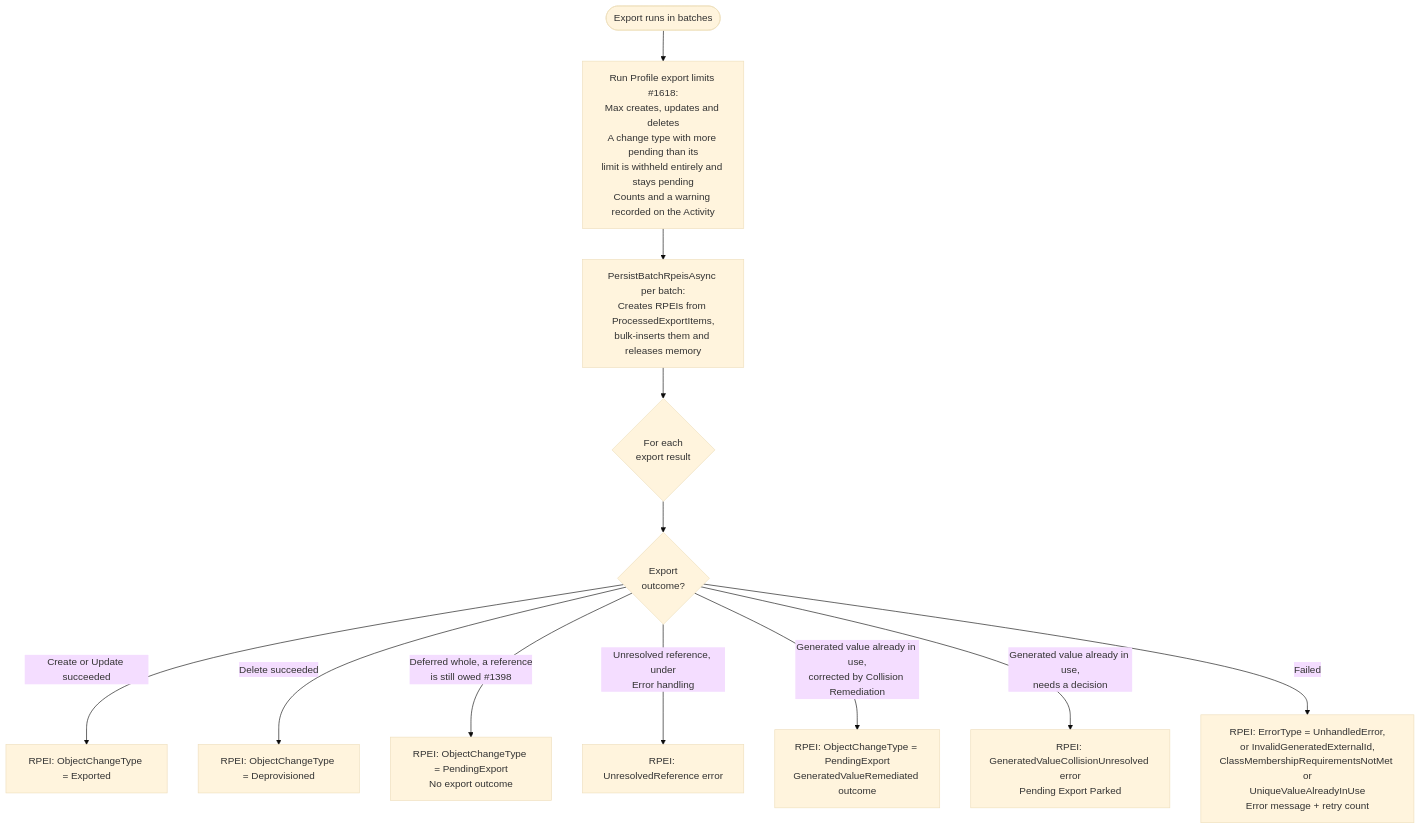
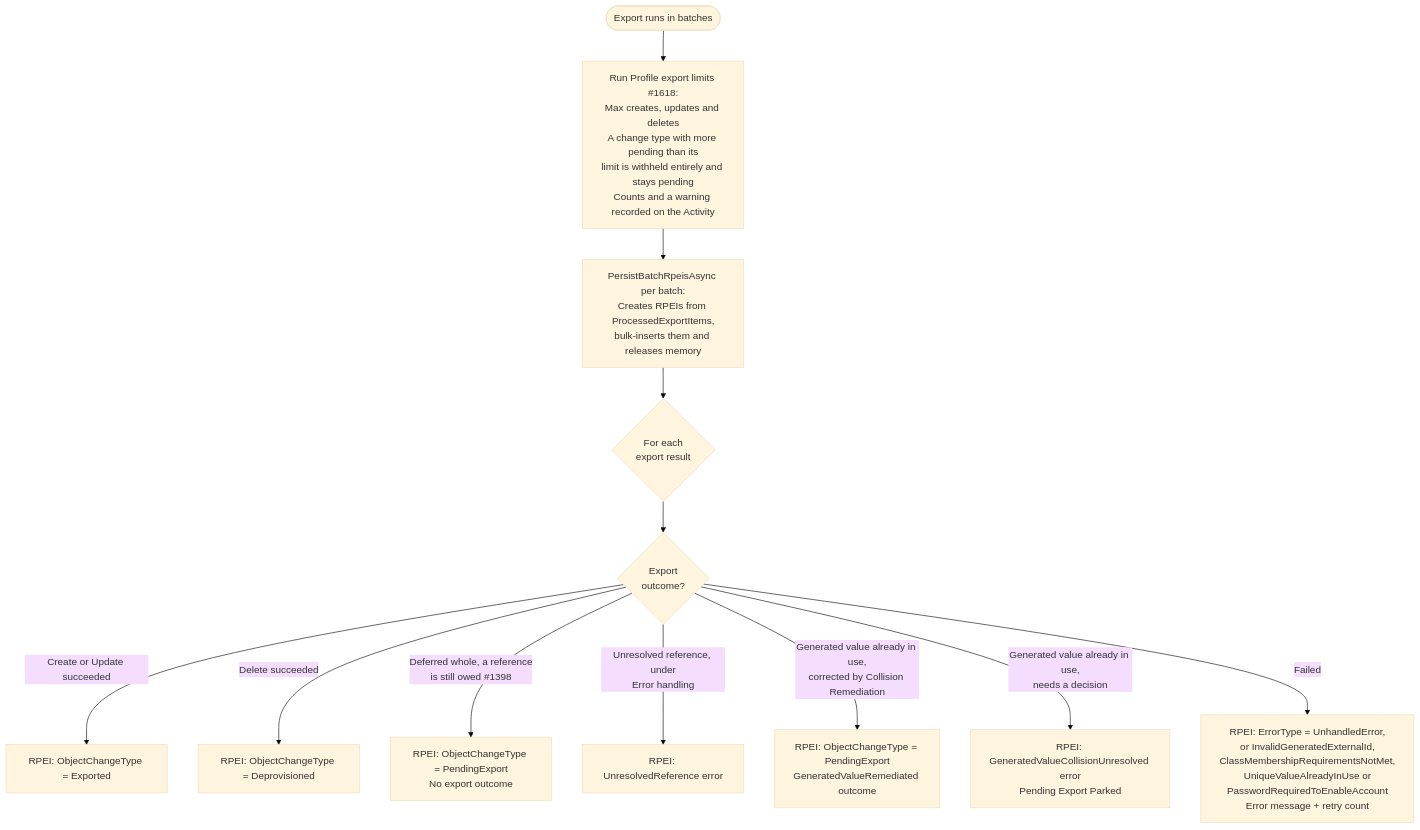
The fourth of 6 diagrams in docs/developer/diagrams/ACTIVITY_AND_RPEI_FLOW.md (TetronIO/JIM), drawn with Mermaid (base theme) before and after one commit. The commit also changed other lines of this file and 172 other files, not shown here.

First line of the commit message:
LDAP: refuse Object Type changes, create Active Directory accounts with an Initial Password, and fix partly applied membership exports (#2110)

````diff
--- a/docs/developer/diagrams/ACTIVITY_AND_RPEI_FLOW.md
+++ b/docs/developer/diagrams/ACTIVITY_AND_RPEI_FLOW.md
@@ -144,16 +146,16 @@
 ```mermaid
 flowchart TD
     ExportStart([Export runs in batches]) --> Limits[Run Profile export limits #1618:<br/>Max creates, updates and deletes<br/>A change type with more pending than its<br/>limit is withheld entirely and stays pending<br/>Counts and a warning recorded on the Activity]
     Limits --> ProcessResults[PersistBatchRpeisAsync per batch:<br/>Creates RPEIs from ProcessedExportItems,<br/>bulk-inserts them and releases memory]
 
     ProcessResults --> PerExport{For each<br/>export result}
 
     PerExport --> Outcome{Export<br/>outcome?}
     Outcome -->|Create or Update succeeded| ExpRPEI[RPEI: ObjectChangeType = Exported]
     Outcome -->|Delete succeeded| DeprovRPEI[RPEI: ObjectChangeType = Deprovisioned]
     Outcome -->|Deferred whole, a reference<br/>is still owed #1398| DeferRPEI[RPEI: ObjectChangeType = PendingExport<br/>No export outcome]
     Outcome -->|Unresolved reference, under<br/>Error handling| UnresolvedRPEI[RPEI: UnresolvedReference error]
     Outcome -->|Generated value already in use,<br/>corrected by Collision Remediation| CorrectedRPEI[RPEI: ObjectChangeType = PendingExport<br/>GeneratedValueRemediated outcome]
     Outcome -->|Generated value already in use,<br/>needs a decision| DecisionRPEI[RPEI: GeneratedValueCollisionUnresolved error<br/>Pending Export Parked]
-    Outcome -->|Failed| FailRPEI[RPEI: ErrorType = UnhandledError,<br/>or InvalidGeneratedExternalId,<br/>ClassMembershipRequirementsNotMet or<br/>UniqueValueAlreadyInUse<br/>Error message + retry count]
+    Outcome -->|Failed| FailRPEI[RPEI: ErrorType = UnhandledError,<br/>or InvalidGeneratedExternalId,<br/>ClassMembershipRequirementsNotMet,<br/>UniqueValueAlreadyInUse or<br/>PasswordRequiredToEnableAccount<br/>Error message + retry count]
 ```
````
